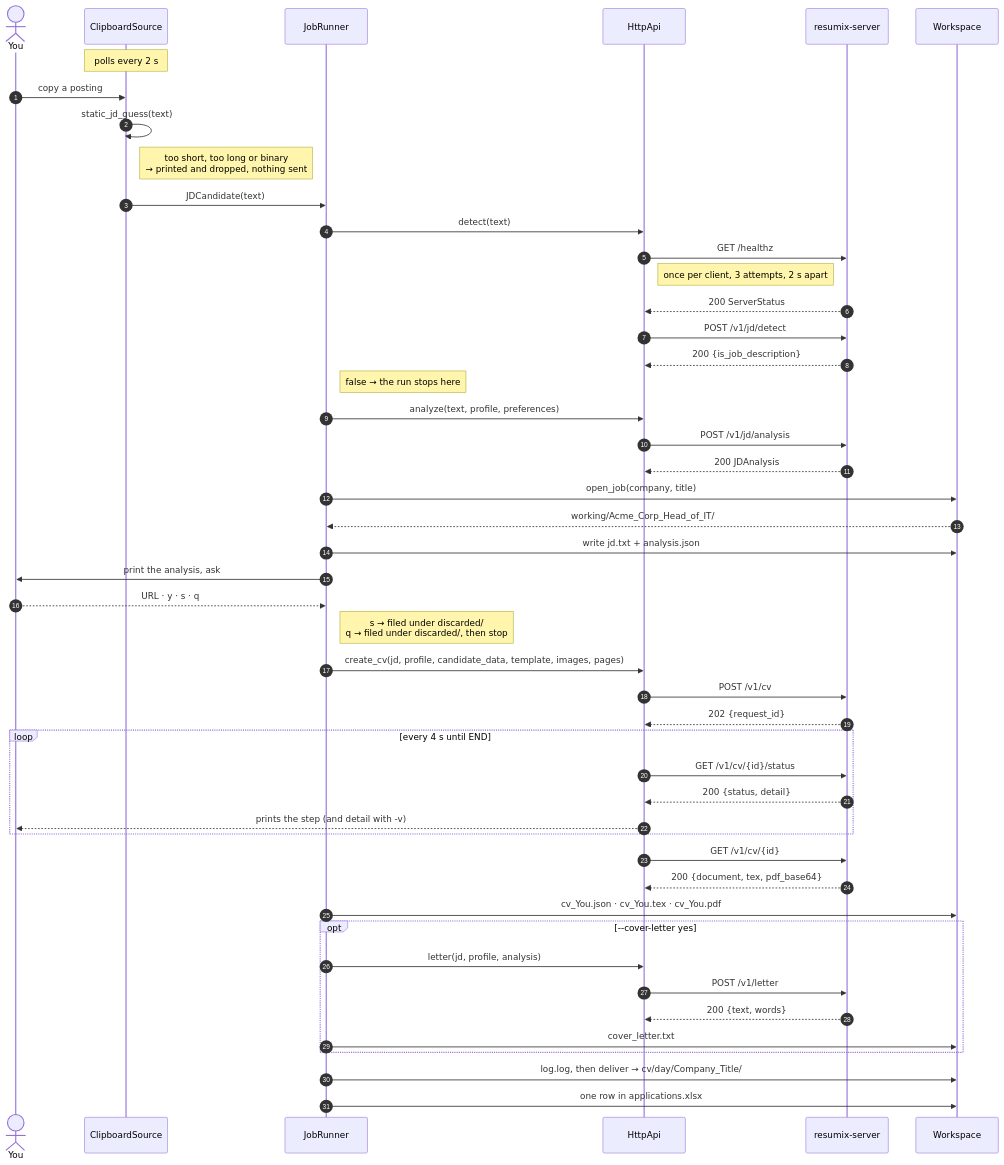
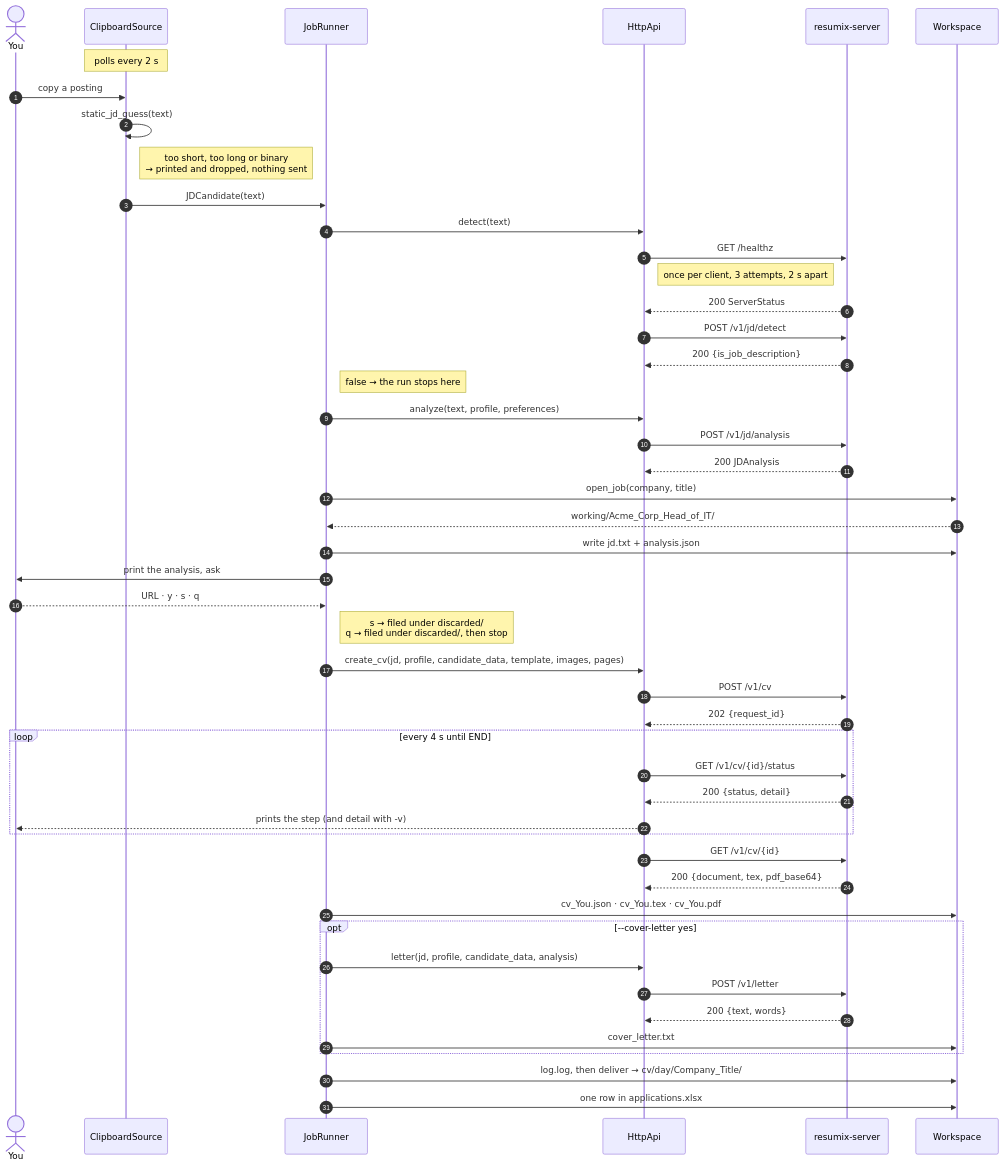
The first of 2 diagrams in doc/clipboard-flow.md (gcontini/resumix), drawn with Mermaid before and after one commit. The commit also changed 13 other files, not shown here.

````diff
--- a/doc/clipboard-flow.md
+++ b/doc/clipboard-flow.md
@@ -9,61 +9,61 @@
 ```mermaid
 sequenceDiagram
     autonumber
     actor You
     participant Src as ClipboardSource
     participant Run as JobRunner
     participant Api as HttpApi
     participant Srv as resumix-server
     participant Ws as Workspace
 
     Note over Src: polls every 2 s
 
     You->>Src: copy a posting
     Src->>Src: static_jd_guess(text)
     Note right of Src: too short, too long or binary<br/>→ printed and dropped, nothing sent
 
     Src->>Run: JDCandidate(text)
 
     Run->>Api: detect(text)
     Api->>Srv: GET /healthz
     Note right of Api: once per client, 3 attempts, 2 s apart
     Srv-->>Api: 200 ServerStatus
     Api->>Srv: POST /v1/jd/detect
     Srv-->>Api: 200 {is_job_description}
     Note right of Run: false → the run stops here
 
     Run->>Api: analyze(text, profile, preferences)
     Api->>Srv: POST /v1/jd/analysis
     Srv-->>Api: 200 JDAnalysis
     Run->>Ws: open_job(company, title)
     Ws-->>Run: working/Acme_Corp_Head_of_IT/
     Run->>Ws: write jd.txt + analysis.json
 
     Run->>You: print the analysis, ask
     You-->>Run: URL · y · s · q
     Note right of Run: s → filed under discarded/<br/>q → filed under discarded/, then stop
 
     Run->>Api: create_cv(jd, profile, candidate_data, template, images, pages)
     Api->>Srv: POST /v1/cv
     Srv-->>Api: 202 {request_id}
 
     loop every 4 s until END
         Api->>Srv: GET /v1/cv/{id}/status
         Srv-->>Api: 200 {status, detail}
         Api-->>You: prints the step (and detail with -v)
     end
 
     Api->>Srv: GET /v1/cv/{id}
     Srv-->>Api: 200 {document, tex, pdf_base64}
     Run->>Ws: cv_You.json · cv_You.tex · cv_You.pdf
 
     opt --cover-letter yes
-        Run->>Api: letter(jd, profile, analysis)
+        Run->>Api: letter(jd, profile, candidate_data, analysis)
         Api->>Srv: POST /v1/letter
         Srv-->>Api: 200 {text, words}
         Run->>Ws: cover_letter.txt
     end
 
     Run->>Ws: log.log, then deliver → cv/day/Company_Title/
     Run->>Ws: one row in applications.xlsx
 ```
````
